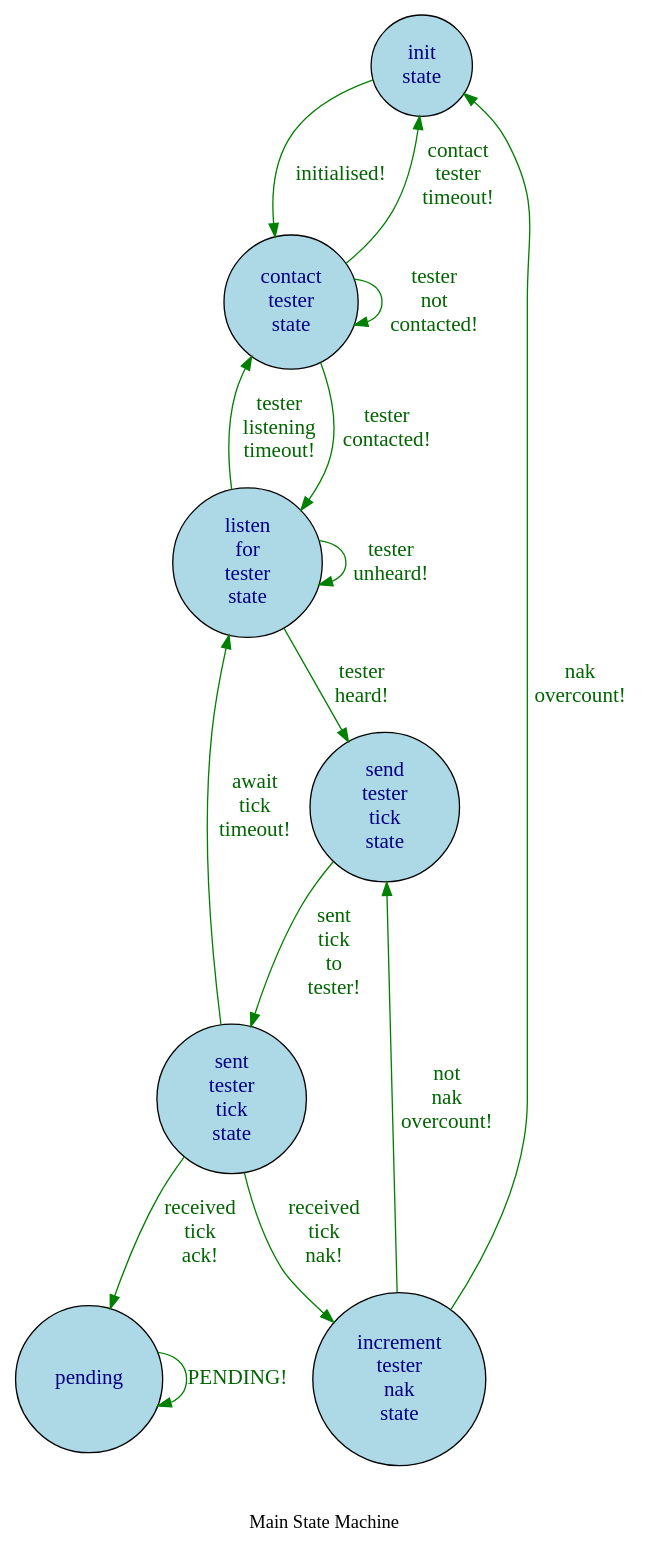
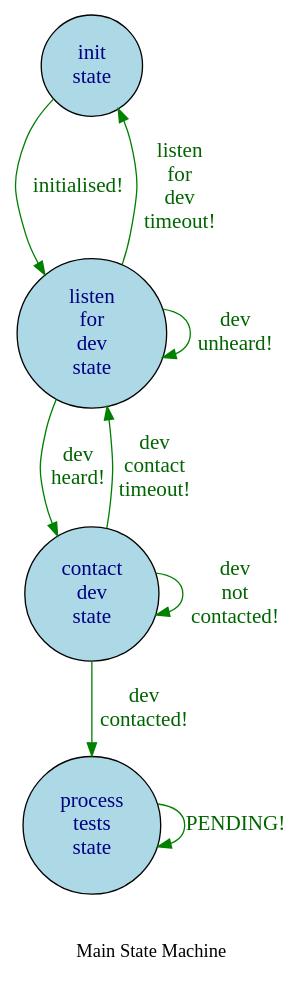
Before and after one commit to mjago/sprockets: the diagram in lib/temp_tertiary_state_machine.dot, drawn with Graphviz. The commit also changed 9 other files, not shown here.

```diff
--- a/lib/temp_tertiary_state_machine.dot
+++ b/lib/temp_tertiary_state_machine.dot
@@ -1,33 +1,21 @@
 digraph draw_state_machine {
   graph [bgcolor = white, label = "\n\nMain State Machine", rankdir = "UD"];
   edge [color = green, fontcolor = darkgreen, fontname = "verdana", fontsize = "16", url = "http://google.com"];
   node [color = black, fillcolor = lightblue, fontcolor = navyblue, fontname = "verdana", fontsize = "16", shape = circle, style = filled, url = "http://google.com"];
   init_state [label = "init\nstate"];
-  init_state -> contact_tester_state [label = "initialised!"];
-  contact_tester_state [label = "contact\ntester\nstate"];
-  contact_tester_state -> contact_tester_state [label = "tester\nnot\ncontacted!"];
-  contact_tester_state [label = "contact\ntester\nstate"];
-  contact_tester_state -> listen_for_tester_state [label = "tester\ncontacted!"];
-  contact_tester_state [label = "contact\ntester\nstate"];
-  contact_tester_state -> init_state [label = "contact\ntester\ntimeout!"];
-  listen_for_tester_state [label = "listen\nfor\ntester\nstate"];
-  listen_for_tester_state -> listen_for_tester_state [label = "tester\nunheard!"];
-  listen_for_tester_state [label = "listen\nfor\ntester\nstate"];
-  listen_for_tester_state -> send_tester_tick_state [label = "tester\nheard!"];
-  listen_for_tester_state [label = "listen\nfor\ntester\nstate"];
-  listen_for_tester_state -> contact_tester_state [label = "tester\nlistening\ntimeout!"];
-  send_tester_tick_state [label = "send\ntester\ntick\nstate"];
-  send_tester_tick_state -> sent_tester_tick_state [label = "sent\ntick\nto\ntester!"];
-  sent_tester_tick_state [label = "sent\ntester\ntick\nstate"];
-  sent_tester_tick_state -> pending [label = "received\ntick\nack!"];
-  sent_tester_tick_state [label = "sent\ntester\ntick\nstate"];
-  sent_tester_tick_state -> increment_tester_nak_state [label = "received\ntick\nnak!"];
-  sent_tester_tick_state [label = "sent\ntester\ntick\nstate"];
-  sent_tester_tick_state -> listen_for_tester_state [label = "await\ntick\ntimeout!"];
-  increment_tester_nak_state [label = "increment\ntester\nnak\nstate"];
-  increment_tester_nak_state -> init_state [label = "nak\novercount!"];
-  increment_tester_nak_state [label = "increment\ntester\nnak\nstate"];
-  increment_tester_nak_state -> send_tester_tick_state [label = "not\nnak\novercount!"];
-  pending [label = "pending"];
-  pending -> pending [label = "PENDING!"];
+  init_state -> listen_for_dev_state [label = "initialised!"];
+  listen_for_dev_state [label = "listen\nfor\ndev\nstate"];
+  listen_for_dev_state -> listen_for_dev_state [label = "dev\nunheard!"];
+  listen_for_dev_state [label = "listen\nfor\ndev\nstate"];
+  listen_for_dev_state -> contact_dev_state [label = "dev\nheard!"];
+  listen_for_dev_state [label = "listen\nfor\ndev\nstate"];
+  listen_for_dev_state -> init_state [label = "listen\nfor\ndev\ntimeout!"];
+  contact_dev_state [label = "contact\ndev\nstate"];
+  contact_dev_state -> contact_dev_state [label = "dev\nnot\ncontacted!"];
+  contact_dev_state [label = "contact\ndev\nstate"];
+  contact_dev_state -> process_tests_state [label = "dev\ncontacted!"];
+  contact_dev_state [label = "contact\ndev\nstate"];
+  contact_dev_state -> listen_for_dev_state [label = "dev\ncontact\ntimeout!"];
+  process_tests_state [label = "process\ntests\nstate"];
+  process_tests_state -> process_tests_state [label = "PENDING!"];
 }
```
